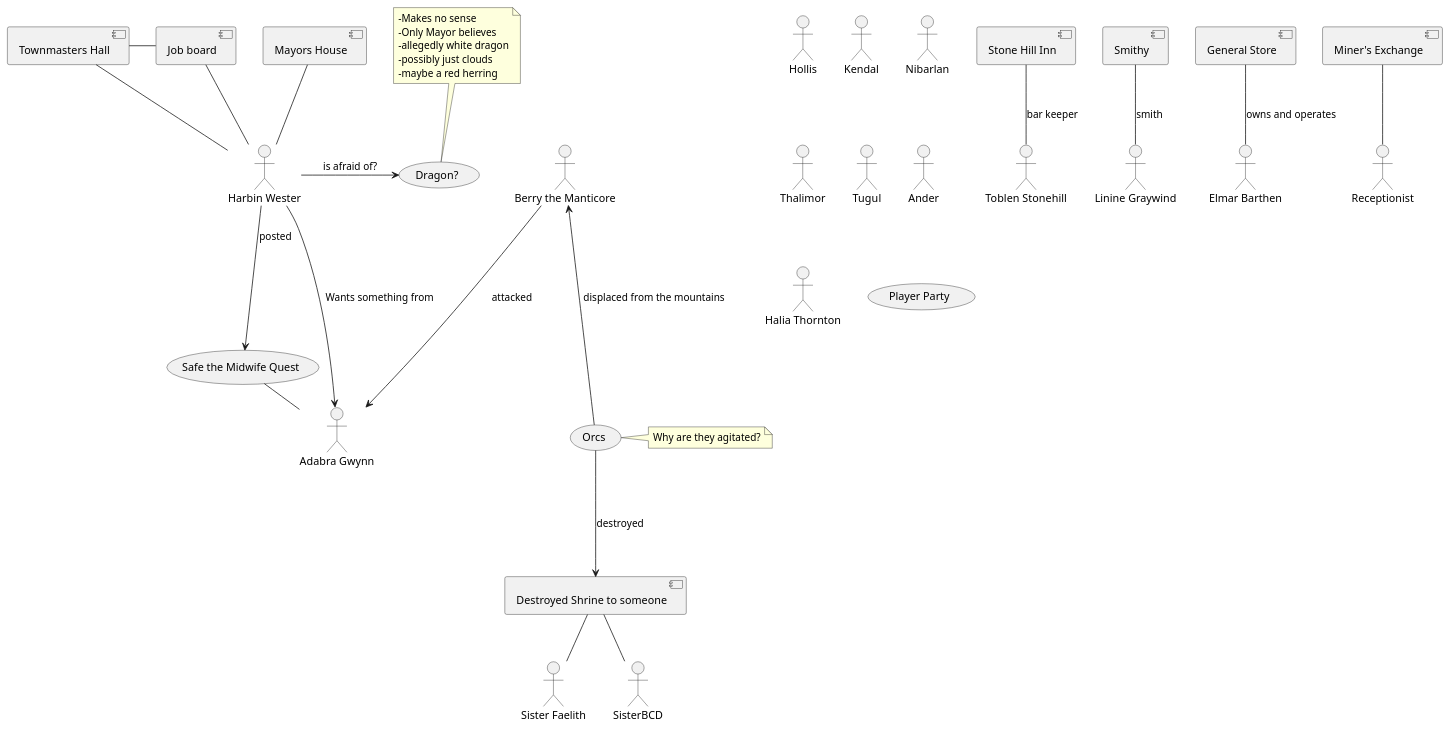
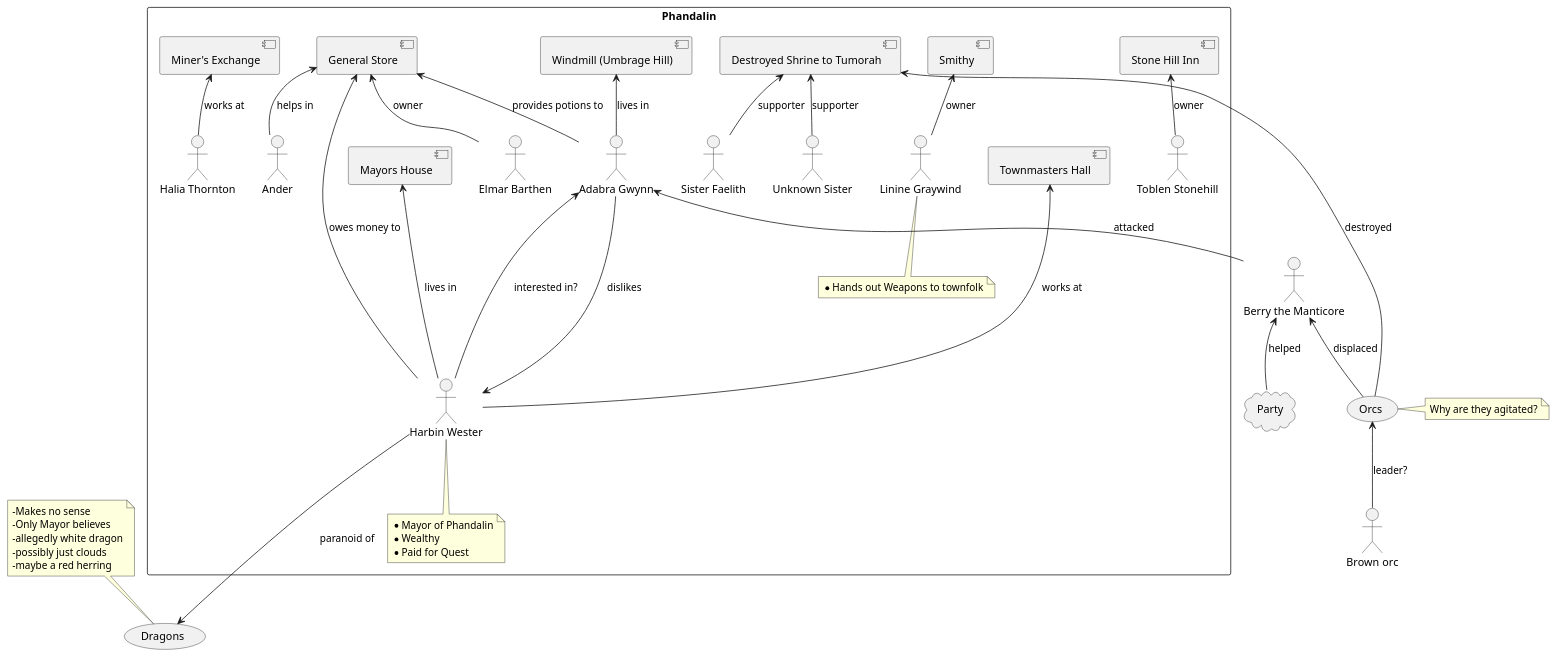
The diagram in Diagrams/ConspiracyGraph.wsd (Ignavum/DOIPNotes), drawn with PlantUML before and after one commit.

```diff
--- a/Diagrams/ConspiracyGraph.wsd
+++ b/Diagrams/ConspiracyGraph.wsd
@@ -1,74 +1,135 @@
 @startuml Conspiracy Graph
 
 'Actors here:
 
-actor Hollis
-actor Kendal
-actor Nibarlan
-actor Thalimor
-actor Tugul
 
-actor "Toblen Stonehill" as innkeep
-actor "Linine Graywind" as Smith
-actor "Sister Faelith" as SisterABC
-actor SisterBCD
-actor "Elmar Barthen" as generalStoreGuy
-actor "Ander" as generalStoreHelper
-actor "Harbin Wester" as Mayor
+'actor Hollis
+'actor Kendal
+'actor Nibarlan
+'actor Thalimor
+'actor Tugul
+
+
 actor "Berry the Manticore" as manticorBerry
-actor "Adabra Gwynn" as potionSeller
-actor "Halia Thornton" as prospectorReception
-
-'Locations here
-
-[Stone Hill Inn] as stoneHillInn
-[Townmasters Hall] as townHall
-[Job board] as jobBoard
-[Smithy]
-[Destroyed Shrine to someone] as shrine 
-[General Store] as generalStore
-[Mayors House] as mayorsHouse
-[Miner's Exchange] as minerHall
+actor "Brown orc" as brownOrc
+(Orcs) as orcs
+(Dragons) as dragons
+cloud "Party" as party
+'Location Phandalin
 
 'General Concepts?
 
-(Orcs)
-(Player Party) as party
-(Safe the Midwife Quest) as quest1
-(Dragon?) as dragon
+rectangle Phandalin {
+    ' locations
+    [Stone Hill Inn] as stoneHillInn
+    [Townmasters Hall] as townHall
+    [Smithy]
+    [Destroyed Shrine to Tumorah] as shrine
+    [General Store] as generalStore
+    [Mayors House] as mayorsHouse
+    [Miner's Exchange] as minerHall
+    [Windmill (Umbrage Hill)] as Windmill
+
+    'People / Actors with notes
+    actor "Toblen Stonehill" as innkeep
+    actor "Linine Graywind" as Smith
+    note bottom
+        * Hands out Weapons to townfolk
+    end note
+    actor "Sister Faelith" as Sister1
+    actor "Unknown Sister" as Sister2
+    actor "Elmar Barthen" as generalStoreGuy
+    actor "Ander" as generalStoreHelper
+
+    actor "Harbin Wester" as Mayor
+    note bottom of Mayor
+        * Mayor of Phandalin
+        * Wealthy
+        * Paid for Quest
+    end note
+
+    actor "Adabra Gwynn" as potionSeller
+    actor "Halia Thornton" as prospectorReception
+}
+
+stoneHillInn <-- innkeep : owner
+Smithy <-- Smith : owner
+shrine <-- Sister1 : supporter
+shrine <-- Sister2 : supporter
+generalStore <-- generalStoreGuy : owner
+generalStore <-- generalStoreHelper : helps in
+mayorsHouse <--- Mayor : lives in
+minerHall <-- prospectorReception : works at
+Windmill <-- potionSeller : lives in
+townHall <--- Mayor : works at
+
+shrine <-- orcs : destroyed
+
+Mayor  --->  dragons: paranoid of
+generalStore <--- Mayor : owes money to
+potionSeller <--- Mayor : interested in?
+potionSeller ---> Mayor : dislikes
+
+potionSeller <-- manticorBerry : attacked
+manticorBerry <-- party : helped
+
+generalStore <-- potionSeller : provides potions to
+
+manticorBerry <-- orcs : displaced
+
+orcs <-- brownOrc : leader?
+
+'Quests
+' card qGnomengardeQuest [
+'     South west of Phandalin
+'     Get weapons to kill Dragons
+' ]
+
+' card qDwarvenExcavation
+' [
+'     South west of Phandalin
+'     Warn Dwarves of White Dragon
+' ]
+
+'Personal relations
+
+
+
+
+
+'Location relations
+
+'Personal relations
 
 'Relations here
-    
-stoneHillInn -- innkeep : bar keeper
-Smithy -- Smith : smith
-shrine -- SisterABC
-shrine -- SisterBCD
-generalStore -- generalStoreGuy : owns and operates
-townHall -- Mayor
-mayorsHouse -- Mayor
-townHall - jobBoard
-jobBoard -- Mayor
-manticorBerry <--- Orcs : displaced from the mountains
-Orcs ---> shrine : destroyed
-Mayor --> quest1 : posted
-quest1 - potionSeller
-manticorBerry ---> potionSeller : attacked
-Mayor ---> potionSeller : Wants something from
-dragon <- Mayor : is afraid of?
-minerHall -- Receptionist
+' stoneHillInn -- innkeep : bar keeper
+' Smithy -- Smith : smith
+' shrine -- SisterABC
+' shrine -- SisterBCD
+' generalStore -- generalStoreGuy : owns and operates
+' townHall -- Mayor
+' mayorsHouse -- Mayor
+' manticorBerry <--- Orcs : displaced from the mountains
+' Orcs ---> shrine : destroyed
+' Mayor --> quest1 : posted
+' quest1 - potionSeller
+' manticorBerry ---> potionSeller : attacked
+' Mayor ---> potionSeller : Wants something from
+' dragon <- Mayor : is afraid of?
+' minerHall -- prospectorReception
 
 
 'Notes
-note top of dragon
+note top of dragons
     -Makes no sense
     -Only Mayor believes
     -allegedly white dragon
     -possibly just clouds
     -maybe a red herring
 end note
 
-note right of Orcs
+note right of orcs
     Why are they agitated?
 end note
 
 @enduml
```
